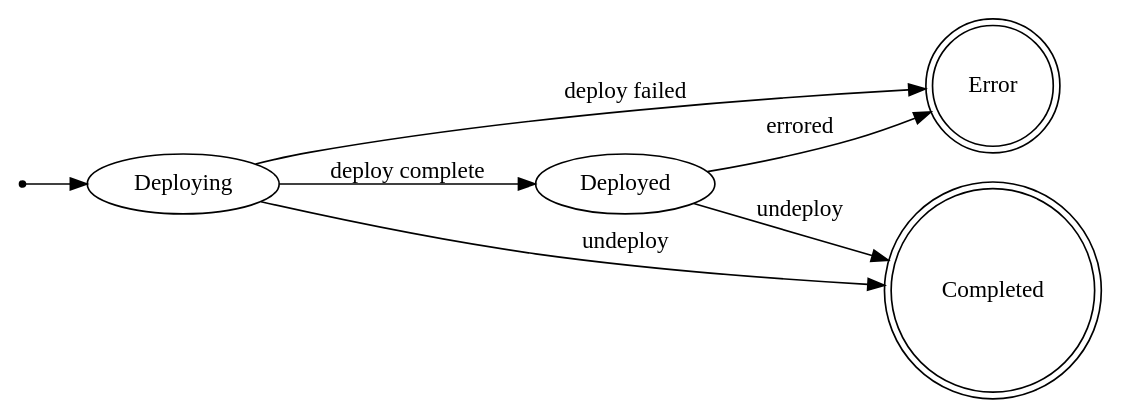
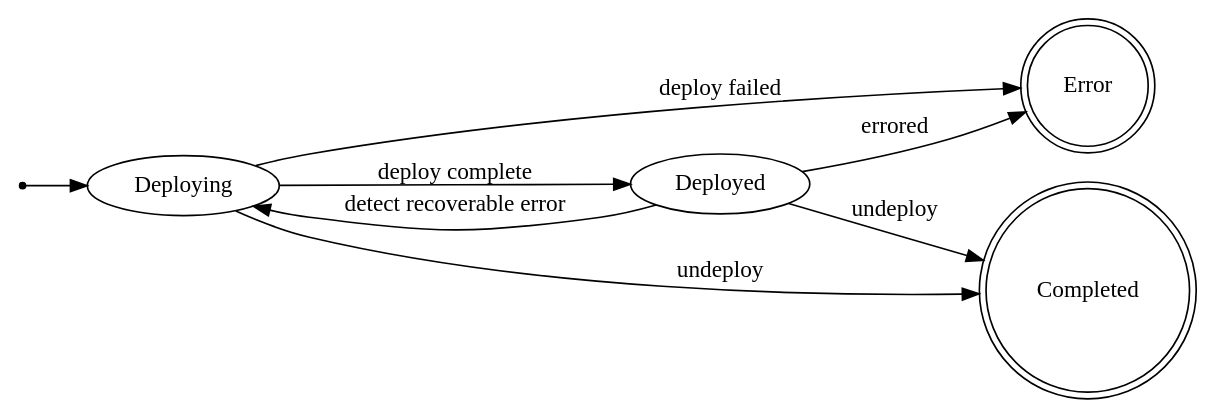
Before and after one commit to intel/crd-reconciler-for-kubernetes: the diagram in cmd/stream-prediction-controller/docs/states.dot, drawn with Graphviz. The commit also changed 1 other file, not shown here.

```diff
--- a/cmd/stream-prediction-controller/docs/states.dot
+++ b/cmd/stream-prediction-controller/docs/states.dot
@@ -1,18 +1,19 @@
 digraph SPStates {
 
     rankdir = LR;
 
     node [shape = point]; init;
     node [shape = ellipse];
 
     Error     [shape = doublecircle];
     Completed [shape = doublecircle];
 
     init -> Deploying;
 
     Deploying -> Deployed  [label = "deploy complete"];
     Deploying -> Error     [label = "deploy failed"];
     Deployed  -> Completed [label = "undeploy"];
     Deploying -> Completed [label = "undeploy"];
     Deployed  -> Error     [label = "errored"];
+    Deployed  -> Deploying [label = "detect recoverable error"];
 }
```
